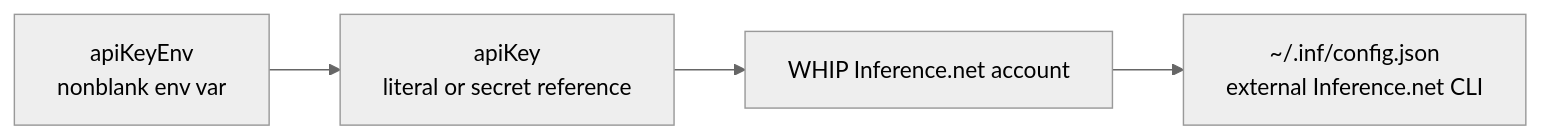
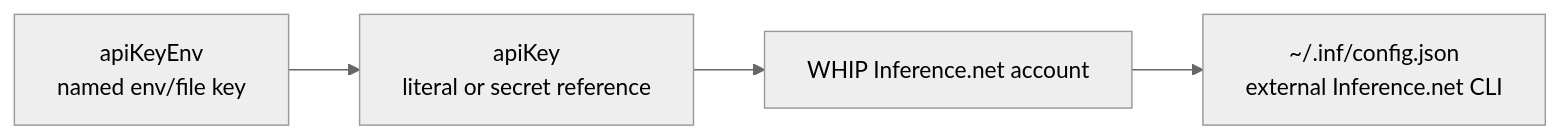
One commit to context-labs/whip changed the second of 2 diagrams in docs/models-providers.md. Above: the diagram before and after it, drawn with Mermaid (neutral theme). The commit also changed other lines of this file and 281 other files, not shown here.

````diff
--- a/docs/models-providers.md
+++ b/docs/models-providers.md
@@ -97,4 +338,4 @@
 ```mermaid
 flowchart LR
-    E["apiKeyEnv<br/>nonblank env var"] --> K["apiKey<br/>literal or secret reference"] --> W["WHIP Inference.net account"] --> I["~/.inf/config.json<br/>external Inference.net CLI"]
+    E["apiKeyEnv<br/>named env/file key"] --> K["apiKey<br/>literal or secret reference"] --> W["WHIP Inference.net account"] --> I["~/.inf/config.json<br/>external Inference.net CLI"]
 ```
````
